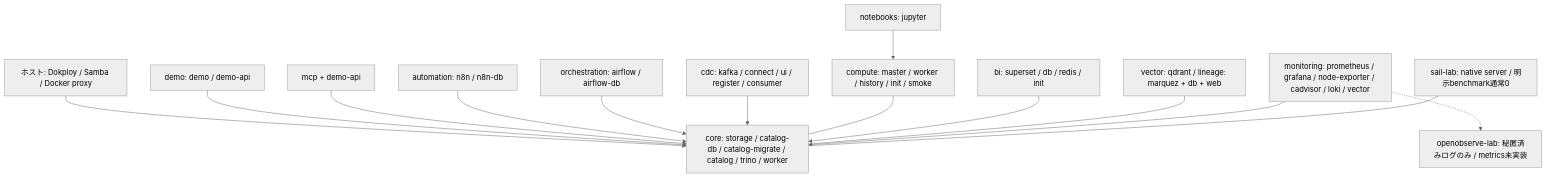
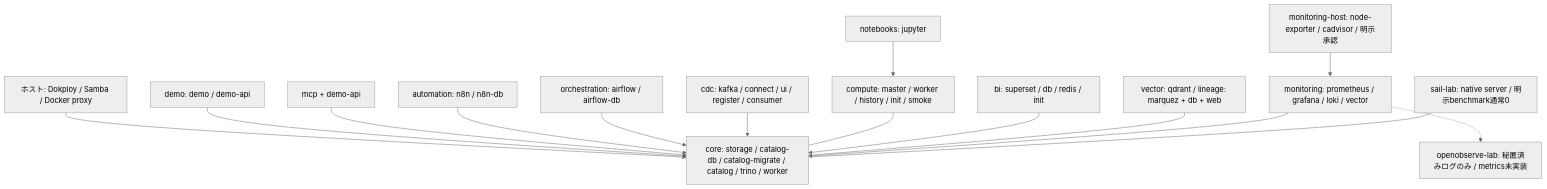
The diagram in docs/reports/mermaid/01-platform-detail.mmd (hiromura16/lakehouse-foundation), drawn with Mermaid (neutral theme) before and after one commit. The commit also changed 45 other files, not shown here.

Commit message:
fix: require explicit host monitoring and predeploy log workspace checks

```diff
--- a/docs/reports/mermaid/01-platform-detail.mmd
+++ b/docs/reports/mermaid/01-platform-detail.mmd
@@ -1,14 +1,15 @@
 flowchart TB
   Host["ホスト: Dokploy / Samba / Docker proxy"] --> Core["core: storage / catalog-db / catalog-migrate / catalog / trino / worker"]
   GUI["demo: demo / demo-api"] --> Core
   MCP["mcp + demo-api"] --> Core
   N8N["automation: n8n / n8n-db"] --> Core
   AF["orchestration: airflow / airflow-db"] --> Core
   CDC["cdc: kafka / connect / ui / register / consumer"] --> Core
   Compute["compute: master / worker / history / init / smoke"] --- Core
   NB["notebooks: jupyter"] --> Compute
   BI["bi: superset / db / redis / init"] --> Core
   Extra["vector: qdrant / lineage: marquez + db + web"] --- Core
-  Mon["monitoring: prometheus / grafana / node-exporter / cadvisor / loki / vector"] --> Core
+  Mon["monitoring: prometheus / grafana / loki / vector"] --> Core
   Mon -.-> OO["openobserve-lab: 秘匿済みログのみ / metrics未実装"]
   Sail["sail-lab: native server / 明示benchmark通常0"] --- Core
+  HostMon["monitoring-host: node-exporter / cadvisor / 明示承認"] --> Mon
```
